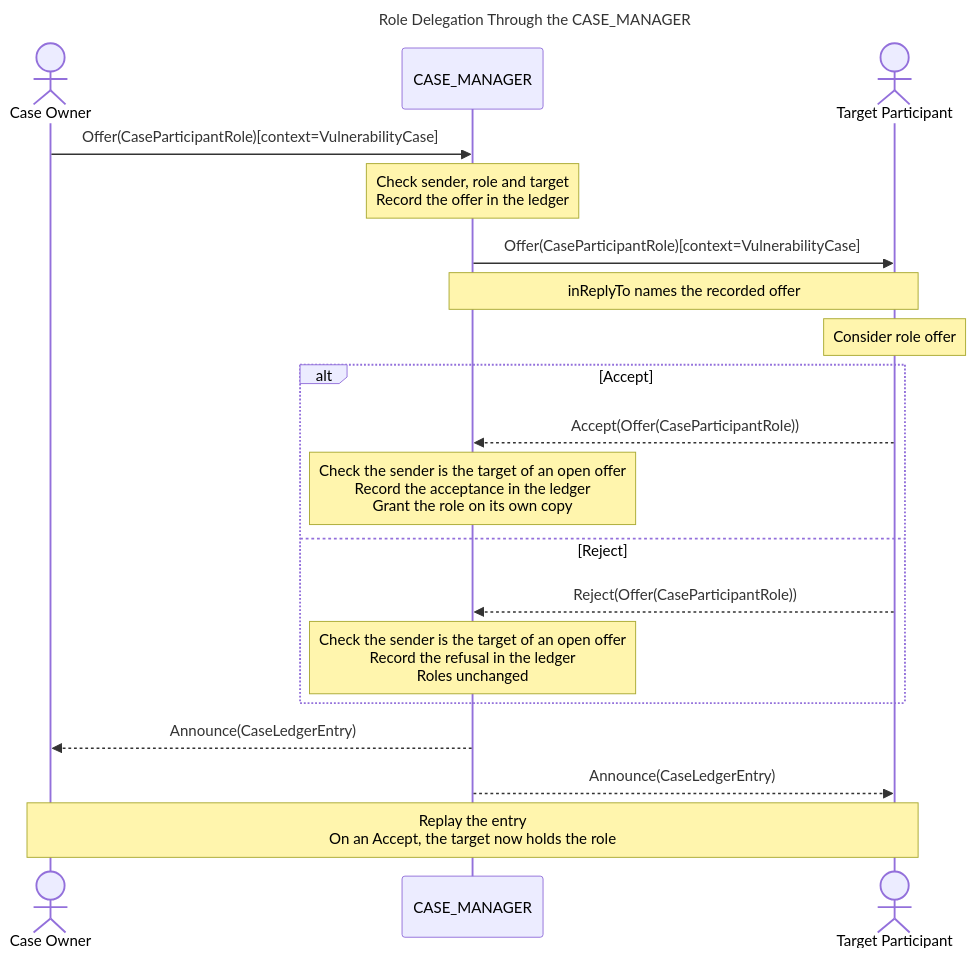
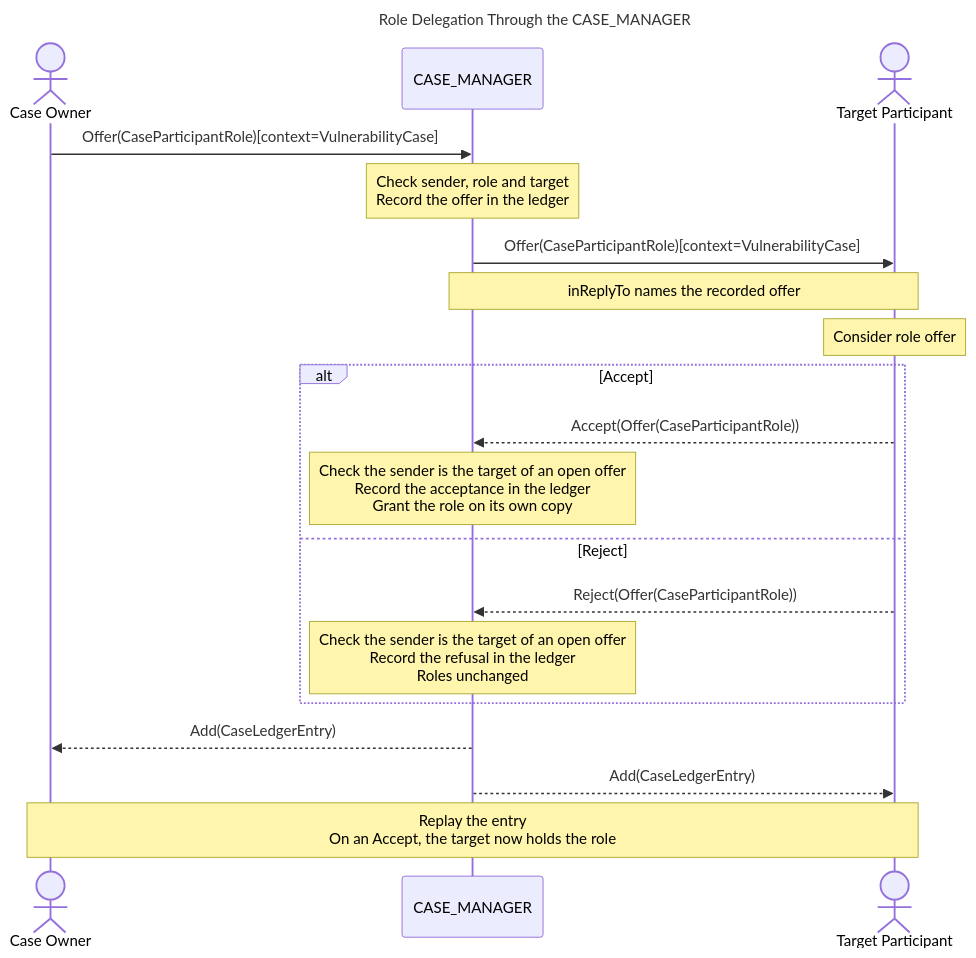
The diagram in docs/howto/activitypub/activities/role_delegation.md (CERTCC/Vultron), drawn with Mermaid before and after one commit. The commit also changed 358 other files, not shown here.

First line of the commit message:
feat(sync): a ledger commit goes out as an Add to the case's ledger

````diff
--- a/docs/howto/activitypub/activities/role_delegation.md
+++ b/docs/howto/activitypub/activities/role_delegation.md
@@ -37,24 +37,24 @@
 ```mermaid
 ---
 title: Role Delegation Through the CASE_MANAGER
 ---
 sequenceDiagram
     actor O as Case Owner
     participant M as CASE_MANAGER
     actor T as Target Participant
     O ->> M: Offer(CaseParticipantRole)[context=VulnerabilityCase]
     note over M: Check sender, role and target<br/>Record the offer in the ledger
     M ->> T: Offer(CaseParticipantRole)[context=VulnerabilityCase]
     note over M,T: inReplyTo names the recorded offer
     note over T: Consider role offer
     alt Accept
         T -->> M: Accept(Offer(CaseParticipantRole))
         note over M: Check the sender is the target of an open offer<br/>Record the acceptance in the ledger<br/>Grant the role on its own copy
     else Reject
         T -->> M: Reject(Offer(CaseParticipantRole))
         note over M: Check the sender is the target of an open offer<br/>Record the refusal in the ledger<br/>Roles unchanged
     end
-    M -->> O: Announce(CaseLedgerEntry)
-    M -->> T: Announce(CaseLedgerEntry)
+    M -->> O: Add(CaseLedgerEntry)
+    M -->> T: Add(CaseLedgerEntry)
     note over O,T: Replay the entry<br/>On an Accept, the target now holds the role
 ```
````
